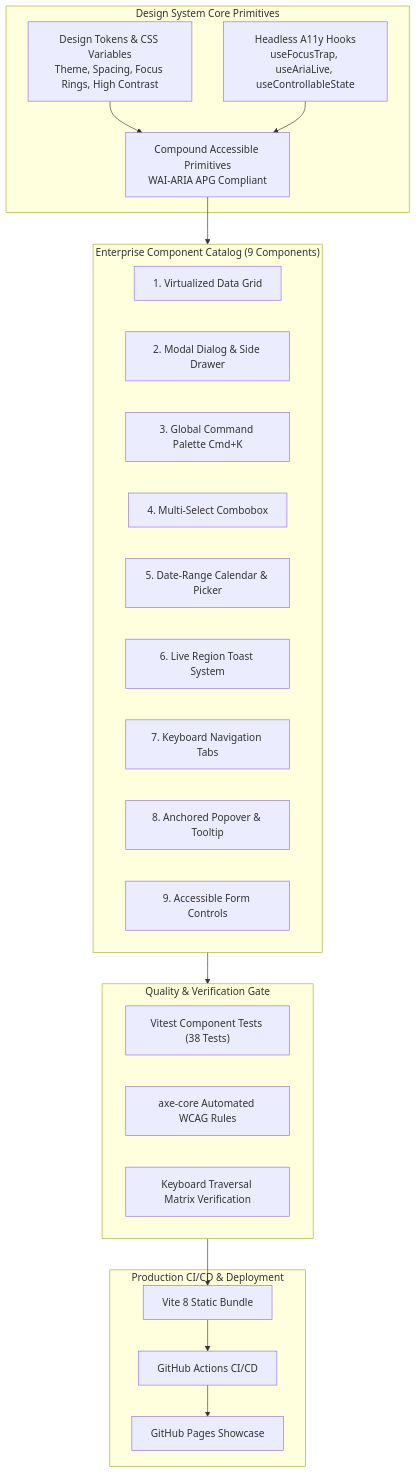
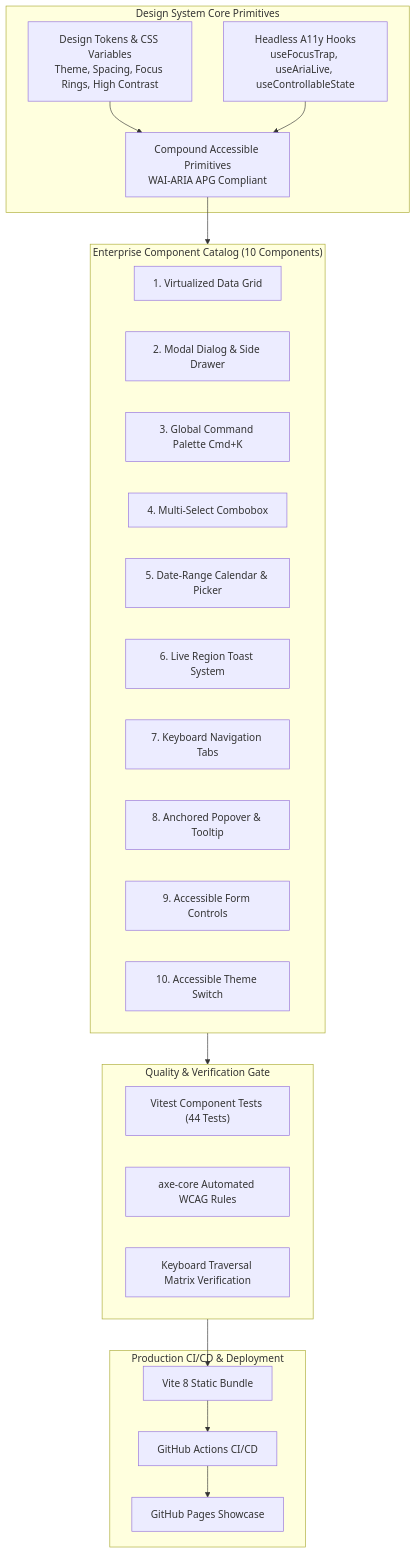
Before and after one commit to DonytXz/accessible-ui: the diagram in README.md, drawn with Mermaid. The commit also changed other lines of this file and 6 other files, not shown here.

Commit message:
feat: default to light theme and add accessible ThemeSwitch component

````diff
--- a/README.md
+++ b/README.md
@@ -33,39 +33,40 @@
 ```mermaid
 flowchart TB
     subgraph Core ["Design System Core Primitives"]
         Tokens["Design Tokens & CSS Variables<br/>Theme, Spacing, Focus Rings, High Contrast"]
         Hooks["Headless A11y Hooks<br/>useFocusTrap, useAriaLive, useControllableState"]
         Primitives["Compound Accessible Primitives<br/>WAI-ARIA APG Compliant"]
     end
 
-    subgraph Catalog ["Enterprise Component Catalog (9 Components)"]
+    subgraph Catalog ["Enterprise Component Catalog (10 Components)"]
         C1["1. Virtualized Data Grid"]
         C2["2. Modal Dialog & Side Drawer"]
         C3["3. Global Command Palette Cmd+K"]
         C4["4. Multi-Select Combobox"]
         C5["5. Date-Range Calendar & Picker"]
         C6["6. Live Region Toast System"]
         C7["7. Keyboard Navigation Tabs"]
         C8["8. Anchored Popover & Tooltip"]
         C9["9. Accessible Form Controls"]
+        C10["10. Accessible Theme Switch"]
     end
 
     subgraph Quality ["Quality & Verification Gate"]
-        Vitest["Vitest Component Tests (38 Tests)"]
+        Vitest["Vitest Component Tests (44 Tests)"]
         AxeCore["axe-core Automated WCAG Rules"]
         APG["Keyboard Traversal Matrix Verification"]
     end
 
     subgraph Deployment ["Production CI/CD & Deployment"]
         Vite["Vite 8 Static Bundle"]
         GHActions["GitHub Actions CI/CD"]
         GHPages["GitHub Pages Showcase"]
     end
 
     Tokens --> Primitives
     Hooks --> Primitives
     Primitives --> Catalog
     Catalog --> Quality
     Quality --> Vite
     Vite --> GHActions --> GHPages
 ```
````
